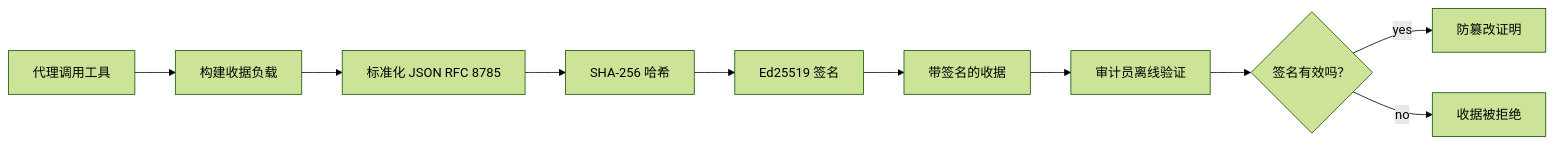
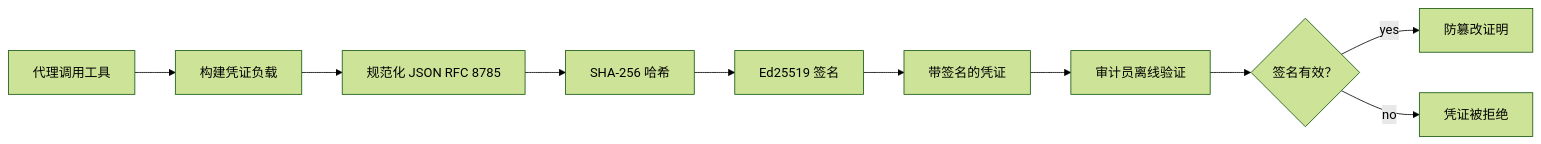
One commit to gabrielmoreira/agent-skills-mirror changed the first of 2 diagrams in mirrors/repos/microsoft@ai-agents-for-beginners/translations/zh-CN/18-securing-ai-agents/README.md. Above: the diagram before and after it, drawn with Mermaid (forest theme). The commit also changed other lines of this file and 2285 other files, not shown here.

````diff
--- a/mirrors/repos/microsoft@ai-agents-for-beginners/translations/zh-CN/18-securing-ai-agents/README.md
+++ b/mirrors/repos/microsoft@ai-agents-for-beginners/translations/zh-CN/18-securing-ai-agents/README.md
@@ -51,12 +51,12 @@
 ```mermaid
 flowchart LR
-    A[代理调用工具] --> B[构建收据负载]
-    B --> C[标准化 JSON RFC 8785]
+    A[代理调用工具] --> B[构建凭证负载]
+    B --> C[规范化 JSON RFC 8785]
     C --> D[SHA-256 哈希]
     D --> E[Ed25519 签名]
-    E --> F[带签名的收据]
+    E --> F[带签名的凭证]
     F --> G[审计员离线验证]
-    G --> H{签名有效吗？}
+    G --> H{签名有效？}
     H -- yes --> I[防篡改证明]
-    H -- no --> J[收据被拒绝]
+    H -- no --> J[凭证被拒绝]
 ```
````
